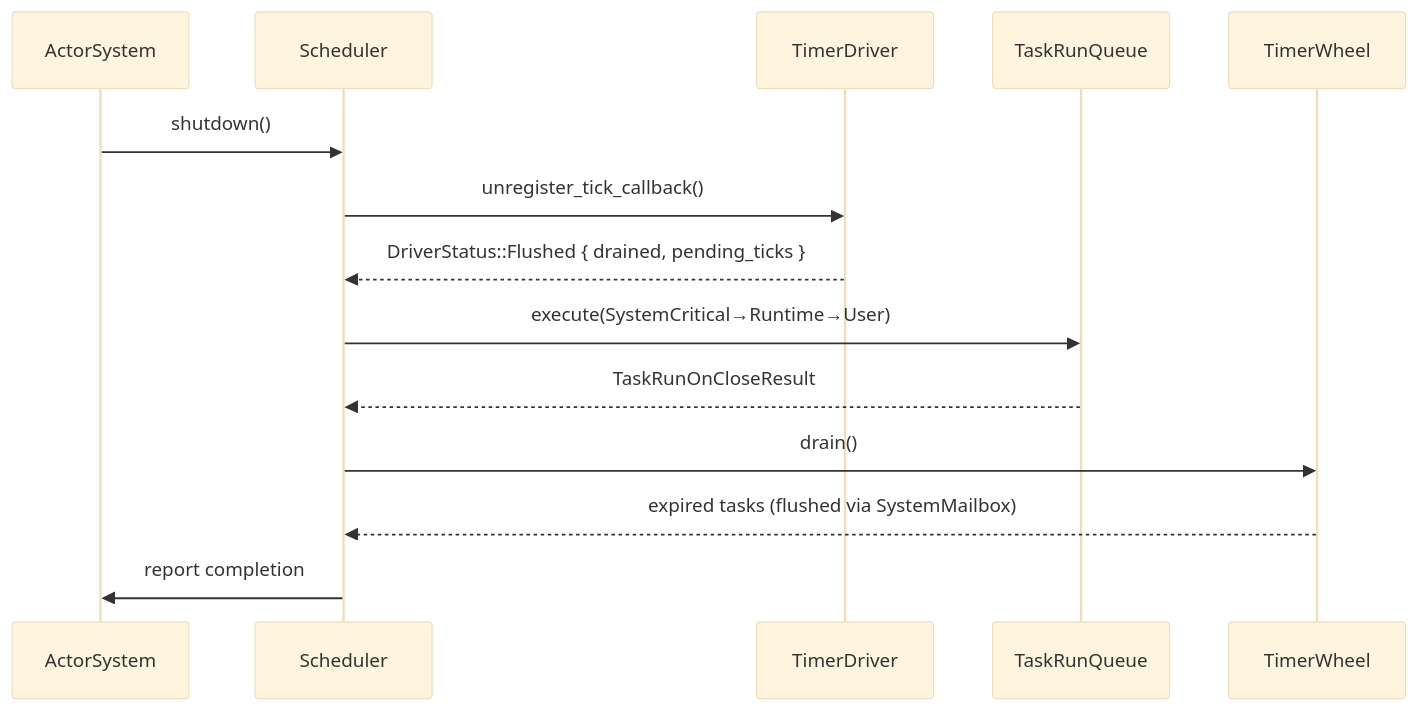
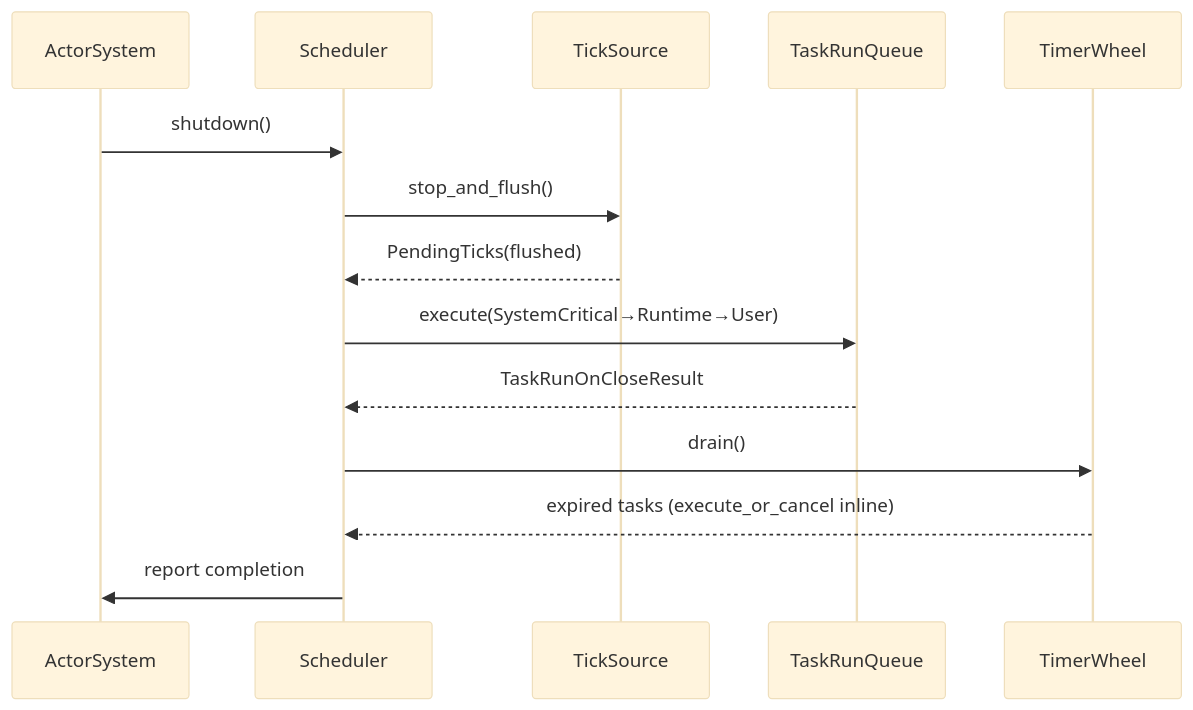
One commit to j5ik2o/fraktor-rs changed the third of 8 diagrams in .kiro/specs/pekko-compatible-scheduler/design.md. Above: the diagram before and after it, drawn with Mermaid (base theme). The commit also changed other lines of this file, not shown here.

Commit message:
feat: introduce ToolboxTickSource and enhance Scheduler with improved tick handling and backpressure management

````diff
--- a/.kiro/specs/pekko-compatible-scheduler/design.md
+++ b/.kiro/specs/pekko-compatible-scheduler/design.md
@@ -121,16 +130,16 @@
 ```mermaid
 sequenceDiagram
   participant ActorSystem
   participant Scheduler
-  participant TimerDriver
+  participant TickSource
   participant TaskRunQueue
   participant TimerWheel
   ActorSystem->>Scheduler: shutdown()
-  Scheduler->>TimerDriver: unregister_tick_callback()
-  TimerDriver-->>Scheduler: DriverStatus::Flushed { drained, pending_ticks }
+  Scheduler->>TickSource: stop_and_flush()
+  TickSource-->>Scheduler: PendingTicks(flushed)
   Scheduler->>TaskRunQueue: execute(SystemCritical→Runtime→User)
   TaskRunQueue-->>Scheduler: TaskRunOnCloseResult
   Scheduler->>TimerWheel: drain()
-  TimerWheel-->>Scheduler: expired tasks (flushed via SystemMailbox)
+  TimerWheel-->>Scheduler: expired tasks (execute_or_cancel inline)
   Scheduler->>ActorSystem: report completion
 ```
````
